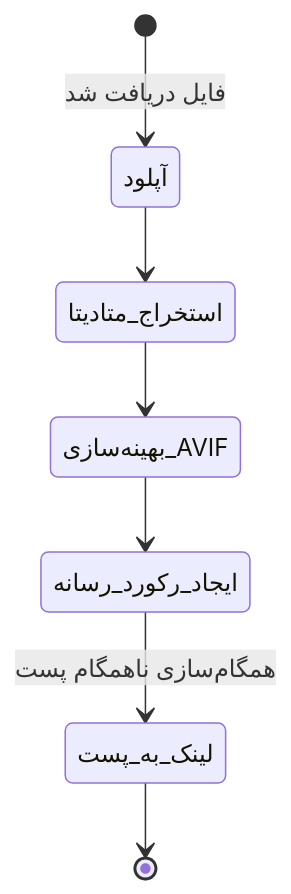
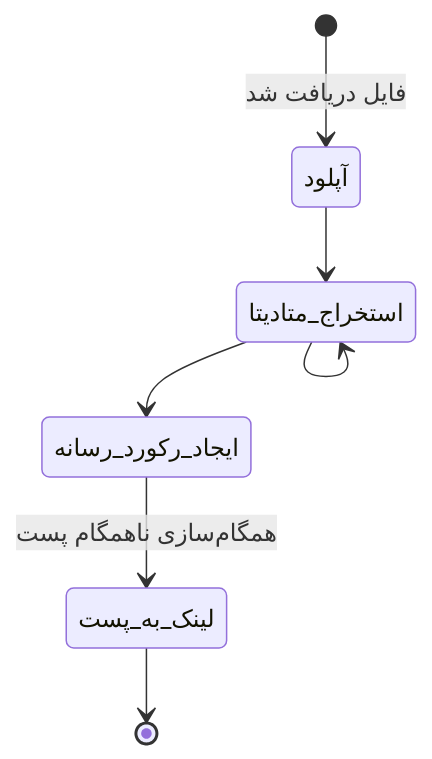
One commit to amirhossein-moloki/Blog changed the third of 4 diagrams in COMPREHENSIVE_ARCHITECTURE_FA.md. Above: the diagram before and after it, drawn with Mermaid. The commit also changed other lines of this file and 25 other files, not shown here.

Commit message:
sync: update API collections, openapi schemas, and docs with Article model and remove AVIF reference

````diff
--- a/COMPREHENSIVE_ARCHITECTURE_FA.md
+++ b/COMPREHENSIVE_ARCHITECTURE_FA.md
@@ -496,9 +496,9 @@
 ```mermaid
 stateDiagram-v2
     [*] --> آپلود: فایل دریافت شد
     آپلود --> استخراج_متادیتا
-    استخراج_متادیتا --> بهینه‌سازی_AVIF
-    بهینه‌سازی_AVIF --> ایجاد_رکورد_رسانه
+    استخراج_متادیتا --> استخراج_متادیتا
+    استخراج_متادیتا --> ایجاد_رکورد_رسانه
     ایجاد_رکورد_رسانه --> لینک_به_پست: همگام‌سازی ناهمگام پست
     لینک_به_پست --> [*]
 ```
````
